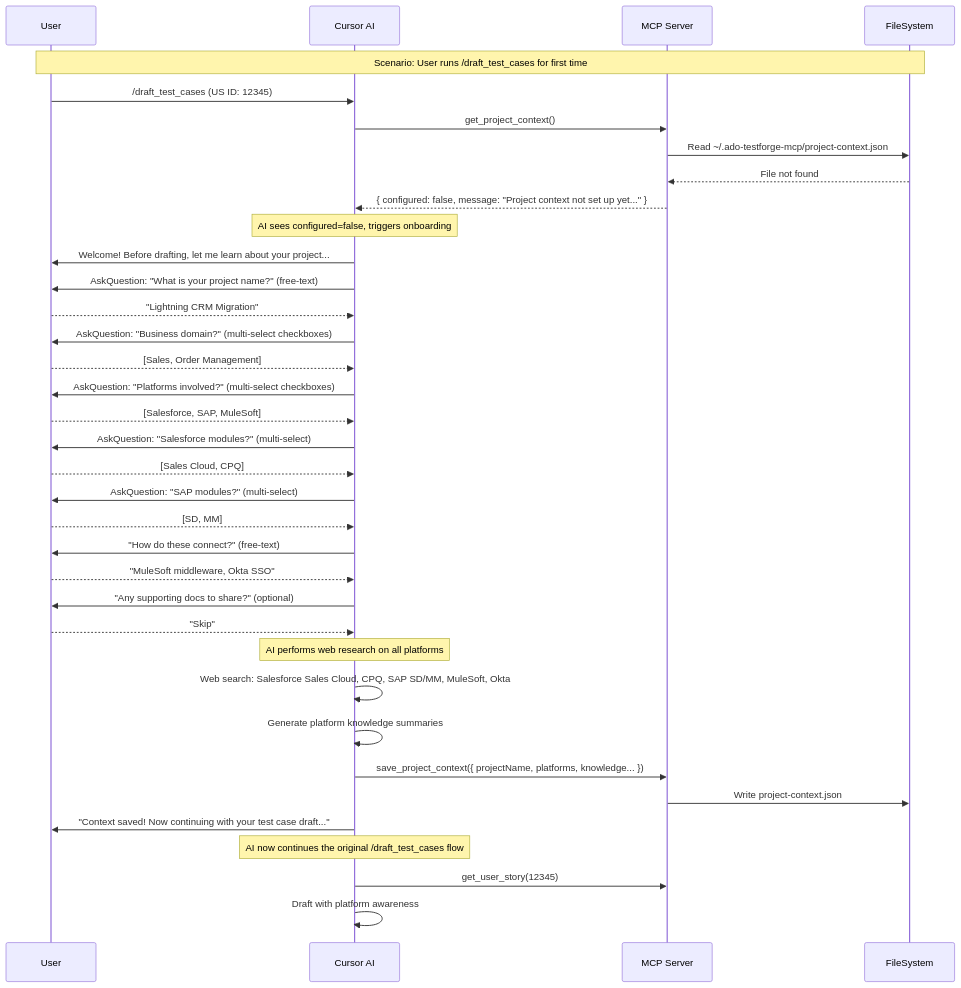
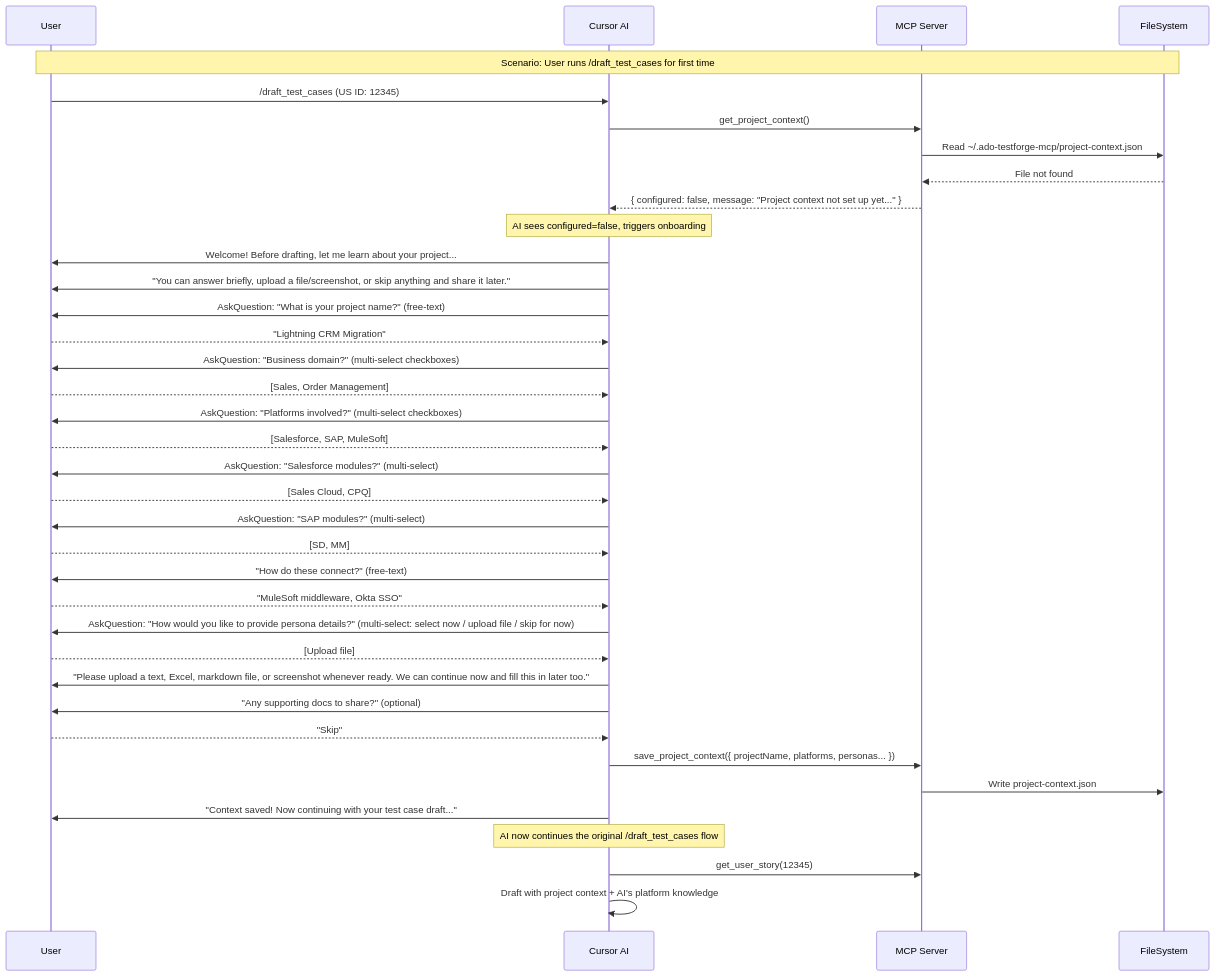
One commit to badgujar-kavita/ado-mcp-server changed the diagram in .cursor/plans/post_install_onboarding_flow.plan.md. Above: the diagram before and after it, drawn with Mermaid. The commit also changed other lines of this file, not shown here.

First line of the commit message:
Refine onboarding plan for low-friction context capture

````diff
--- a/.cursor/plans/post_install_onboarding_flow.plan.md
+++ b/.cursor/plans/post_install_onboarding_flow.plan.md
@@ -27,45 +37,45 @@
 ```mermaid
 sequenceDiagram
     participant U as User
     participant AI as Cursor AI
     participant MCP as MCP Server
     participant FS as FileSystem
 
     Note over U,FS: Scenario: User runs /draft_test_cases for first time
 
     U->>AI: /draft_test_cases (US ID: 12345)
     AI->>MCP: get_project_context()
     MCP->>FS: Read ~/.ado-testforge-mcp/project-context.json
     FS-->>MCP: File not found
     MCP-->>AI: { configured: false, message: "Project context not set up yet..." }
 
     Note over AI: AI sees configured=false, triggers onboarding
 
     AI->>U: Welcome! Before drafting, let me learn about your project...
+    AI->>U: "You can answer briefly, upload a file/screenshot, or skip anything and share it later."
     AI->>U: AskQuestion: "What is your project name?" (free-text)
     U-->>AI: "Lightning CRM Migration"
     AI->>U: AskQuestion: "Business domain?" (multi-select checkboxes)
     U-->>AI: [Sales, Order Management]
     AI->>U: AskQuestion: "Platforms involved?" (multi-select checkboxes)
     U-->>AI: [Salesforce, SAP, MuleSoft]
     AI->>U: AskQuestion: "Salesforce modules?" (multi-select)
     U-->>AI: [Sales Cloud, CPQ]
     AI->>U: AskQuestion: "SAP modules?" (multi-select)
     U-->>AI: [SD, MM]
     AI->>U: "How do these connect?" (free-text)
     U-->>AI: "MuleSoft middleware, Okta SSO"
+    AI->>U: AskQuestion: "How would you like to provide persona details?" (multi-select: select now / upload file / skip for now)
+    U-->>AI: [Upload file]
+    AI->>U: "Please upload a text, Excel, markdown file, or screenshot whenever ready. We can continue now and fill this in later too."
     AI->>U: "Any supporting docs to share?" (optional)
     U-->>AI: "Skip"
 
-    Note over AI: AI performs web research on all platforms
-    AI->>AI: Web search: Salesforce Sales Cloud, CPQ, SAP SD/MM, MuleSoft, Okta
-    AI->>AI: Generate platform knowledge summaries
-
-    AI->>MCP: save_project_context({ projectName, platforms, knowledge... })
+    AI->>MCP: save_project_context({ projectName, platforms, personas... })
     MCP->>FS: Write project-context.json
     AI->>U: "Context saved! Now continuing with your test case draft..."
 
     Note over AI: AI now continues the original /draft_test_cases flow
     AI->>MCP: get_user_story(12345)
-    AI->>AI: Draft with platform awareness
+    AI->>AI: Draft with project context + AI's platform knowledge
 ```
````
